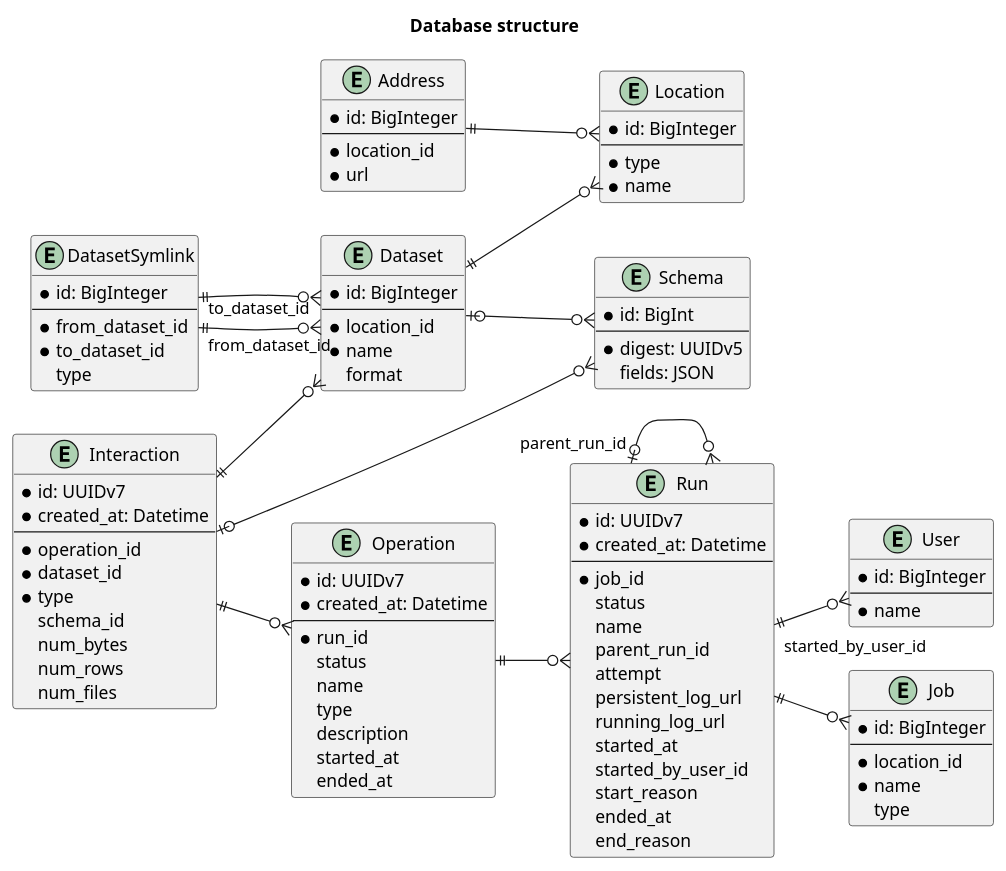
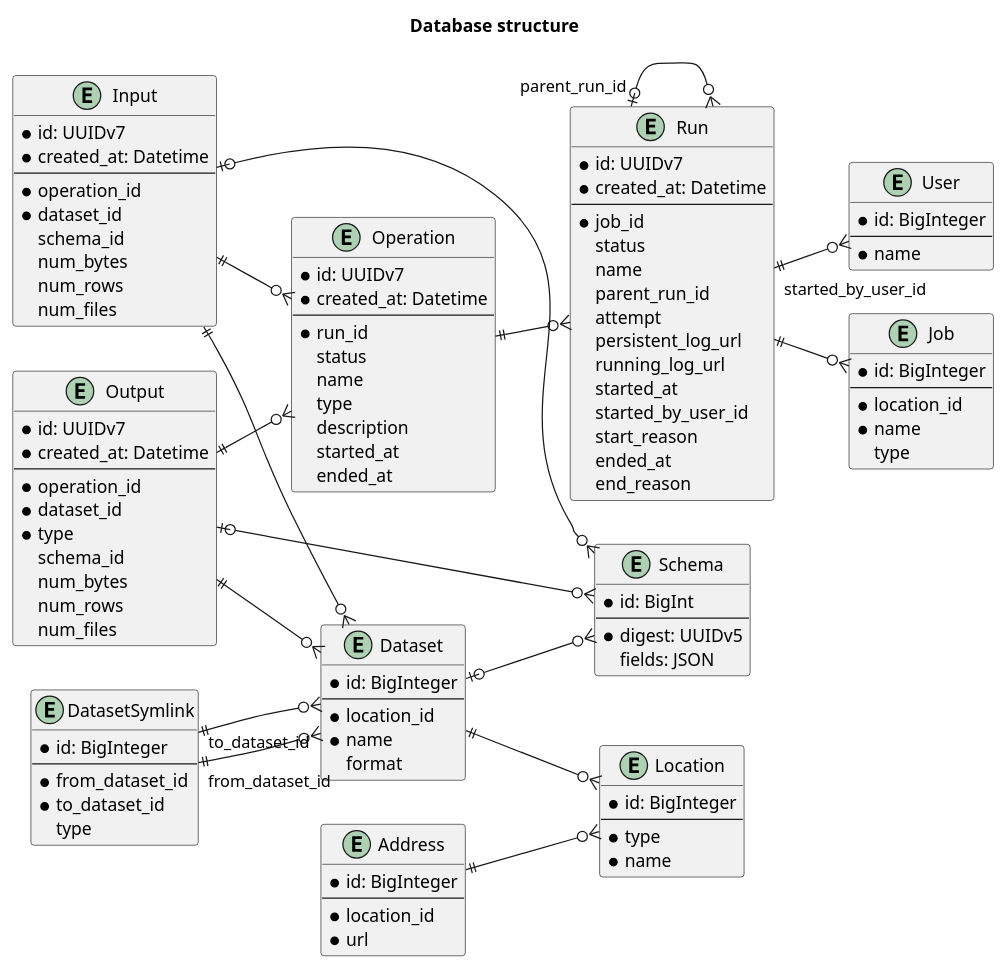
Before and after one commit to MobileTeleSystems/data-rentgen: the diagram in data_rentgen/db/models/README.rst, drawn with PlantUML. The commit also changed 34 other files, not shown here.

```diff
--- a/data_rentgen/db/models/README.rst
+++ b/data_rentgen/db/models/README.rst
@@ -92,7 +92,19 @@
         fields: JSON
     }
 
-    entity Interaction {
+    entity Input {
+        * id: UUIDv7
+        * created_at: Datetime
+        ----
+        * operation_id
+        * dataset_id
+        schema_id
+        num_bytes
+        num_rows
+        num_files
+    }
+
+    entity Output {
         * id: UUIDv7
         * created_at: Datetime
         ----
@@ -119,8 +131,12 @@
 
     Operation ||--o{ Run
 
-    Interaction ||--o{ Operation
-    Interaction ||--o{ Dataset
-    Interaction |o--o{ Schema
+    Input ||--o{ Operation
+    Input ||--o{ Dataset
+    Input |o--o{ Schema
+
+    Output ||--o{ Operation
+    Output ||--o{ Dataset
+    Output |o--o{ Schema
 
     @enduml
```
